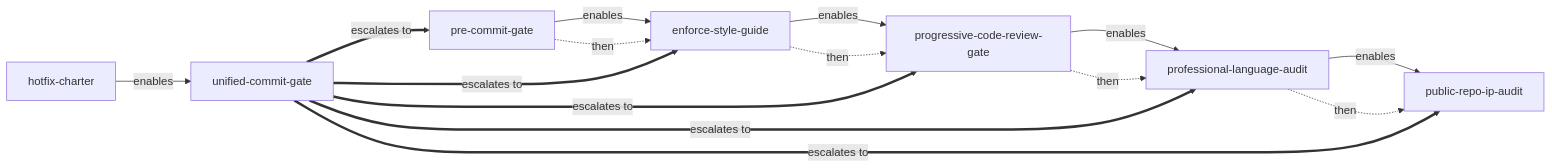
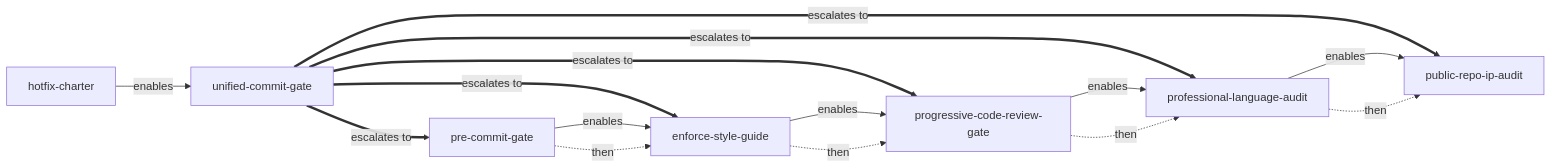
The second of 27 diagrams in docs/skill-dependency-graph.md (bordenet/superpowers-plus), drawn with Mermaid before and after one commit. The commit also changed other lines of this file and 6 other files, not shown here.

````diff
--- a/docs/skill-dependency-graph.md
+++ b/docs/skill-dependency-graph.md
@@ -39,24 +39,24 @@
 ```mermaid
 flowchart LR
   hotfix_charter["hotfix-charter"]
+  unified_commit_gate["unified-commit-gate"]
   pre_commit_gate["pre-commit-gate"]
   enforce_style_guide["enforce-style-guide"]
   progressive_code_review_gate["progressive-code-review-gate"]
   professional_language_audit["professional-language-audit"]
   public_repo_ip_audit["public-repo-ip-audit"]
-  unified_commit_gate["unified-commit-gate"]
   hotfix_charter -->|enables| unified_commit_gate
+  unified_commit_gate ==>|escalates to| pre_commit_gate
+  unified_commit_gate ==>|escalates to| enforce_style_guide
+  unified_commit_gate ==>|escalates to| progressive_code_review_gate
+  unified_commit_gate ==>|escalates to| professional_language_audit
+  unified_commit_gate ==>|escalates to| public_repo_ip_audit
   pre_commit_gate -->|enables| enforce_style_guide
   pre_commit_gate -.->|then| enforce_style_guide
   enforce_style_guide -->|enables| progressive_code_review_gate
   enforce_style_guide -.->|then| progressive_code_review_gate
   progressive_code_review_gate -->|enables| professional_language_audit
   progressive_code_review_gate -.->|then| professional_language_audit
   professional_language_audit -->|enables| public_repo_ip_audit
   professional_language_audit -.->|then| public_repo_ip_audit
-  unified_commit_gate ==>|escalates to| pre_commit_gate
-  unified_commit_gate ==>|escalates to| enforce_style_guide
-  unified_commit_gate ==>|escalates to| progressive_code_review_gate
-  unified_commit_gate ==>|escalates to| professional_language_audit
-  unified_commit_gate ==>|escalates to| public_repo_ip_audit
 ```
````
